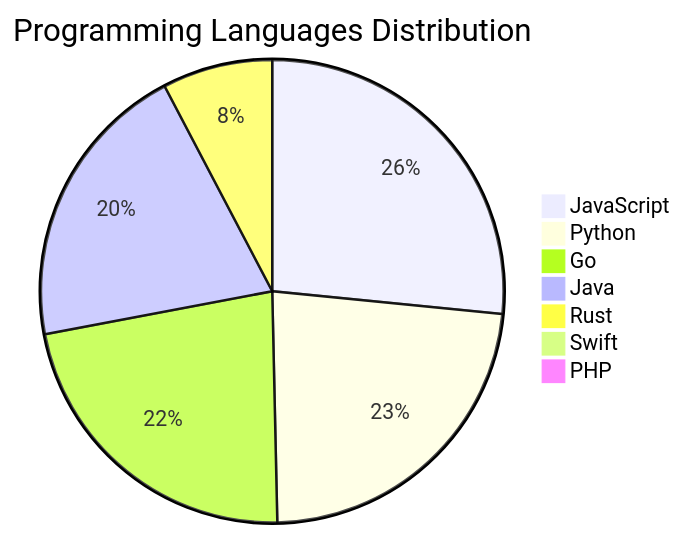
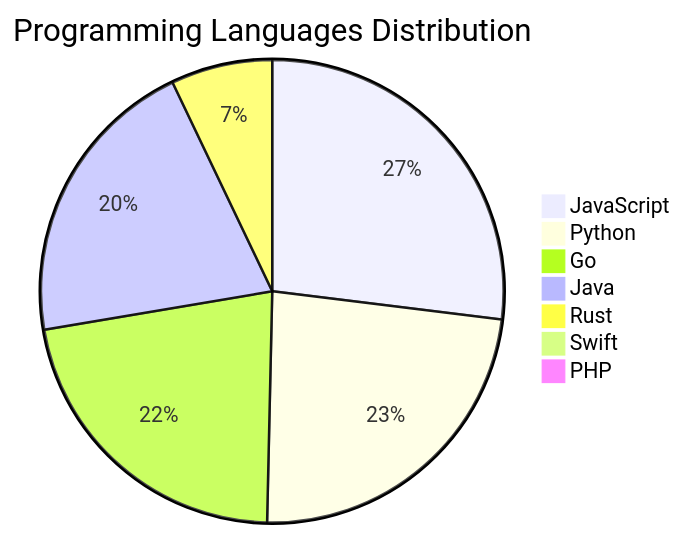
One commit to Derrick-MUGISHA/github-activity-bot changed the diagram in README.md. Above: the diagram before and after it, drawn with Mermaid. The commit also changed other lines of this file and 4 other files, not shown here.

````diff
--- a/README.md
+++ b/README.md
@@ -207,10 +207,10 @@
 ```mermaid
 pie title Programming Languages Distribution
     "JavaScript" : 38
     "Python" : 33
-    "Go" : 32
+    "Go" : 31
     "Java" : 29
-    "Rust" : 11
+    "Rust" : 10
     "Swift" : 1
     "PHP" : 1
 ```
````
